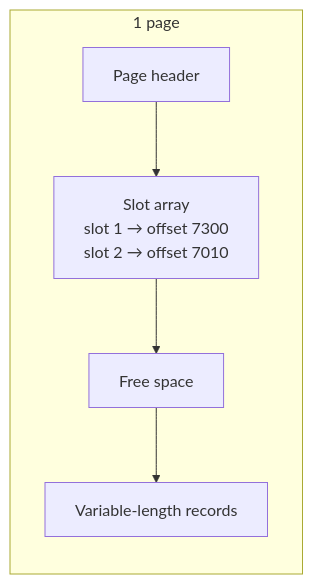
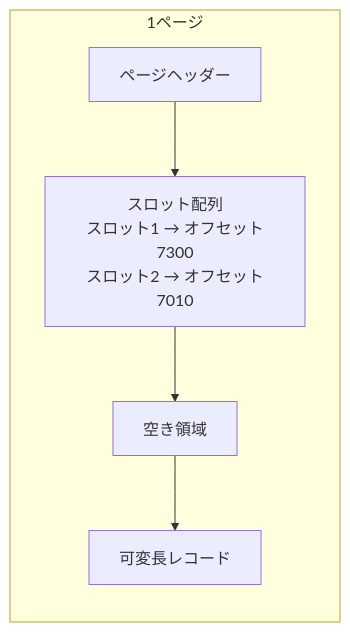
Before and after one commit to hirunebot/database-systems-book: the third of 4 diagrams in src/content/docs/02-storage/03-pages-records-buffer-pool.md, drawn with Mermaid. The commit also changed other lines of this file and 42 other files, not shown here.

````diff
--- a/src/content/docs/02-storage/03-pages-records-buffer-pool.md
+++ b/src/content/docs/02-storage/03-pages-records-buffer-pool.md
@@ -87,13 +87,13 @@
 ```mermaid
 flowchart TB
-    subgraph Page["1 page"]
+    subgraph Page["1ページ"]
         direction TB
-        Header["Page header"]
-        Slots["Slot array<br/>slot 1 → offset 7300<br/>slot 2 → offset 7010"]
-        Free["Free space"]
-        Records["Variable-length records"]
+        Header["ページヘッダー"]
+        Slots["スロット配列<br/>スロット1 → オフセット7300<br/>スロット2 → オフセット7010"]
+        Free["空き領域"]
+        Records["可変長レコード"]
         Header --> Slots
         Slots --> Free
         Free --> Records
     end
 ```
````
